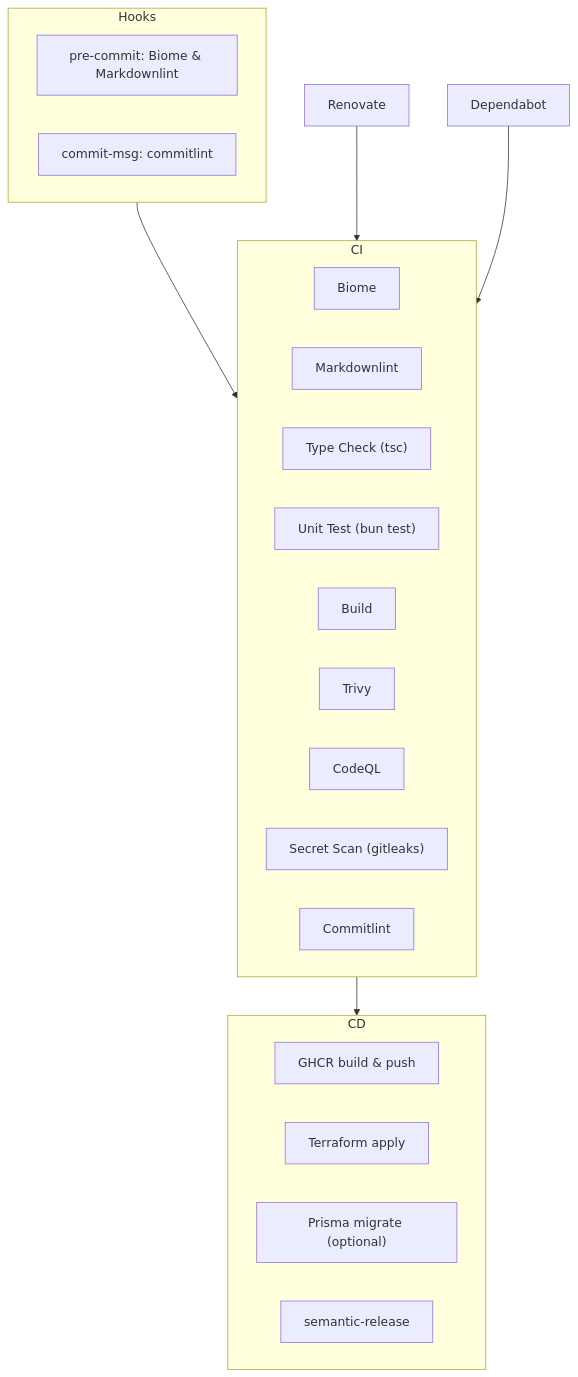
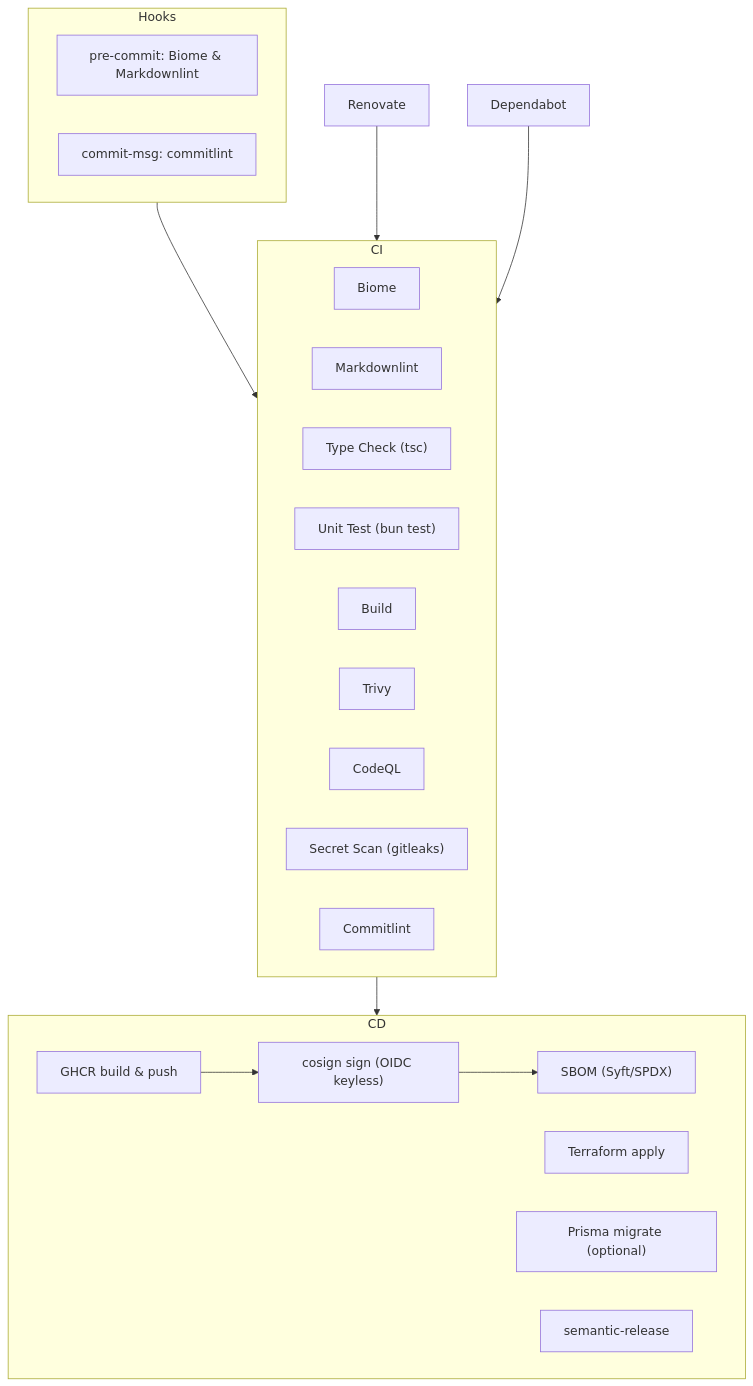
One commit to Lunacea/web-template changed the second of 5 diagrams in DESIGN.md. Above: the diagram before and after it, drawn with Mermaid. The commit also changed other lines of this file and 2 other files, not shown here.

Commit message:
docs: update README/PREREQUISITE/DESIGN for tf-plan envs and CD security (cosign, SBOM)

````diff
--- a/DESIGN.md
+++ b/DESIGN.md
@@ -33,34 +33,37 @@
 ```mermaid
 flowchart TB
   subgraph Hooks
     PRE["pre-commit: Biome & Markdownlint"]
     MSG["commit-msg: commitlint"]
   end
 
   subgraph CI
     LINT["Biome"]
     MDL["Markdownlint"]
     TSC["Type Check (tsc)"]
     TEST["Unit Test (bun test)"]
     BUILD["Build"]
     TRIVY["Trivy"]
     CODEQL["CodeQL"]
     SECSCAN["Secret Scan (gitleaks)"]
     CMTL["Commitlint"]
   end
 
   subgraph CD
     GHCR["GHCR build & push"]
+    SIGN["cosign sign (OIDC keyless)"]
+    SBOM["SBOM (Syft/SPDX)"]
     TFA["Terraform apply"]
     PRISMA["Prisma migrate (optional)"]
     REL["semantic-release"]
   end
 
   Renovate["Renovate"]
   Dependabot["Dependabot"]
 
   Hooks --> CI
   CI --> CD
+  GHCR --> SIGN --> SBOM
   Renovate --> CI
   Dependabot --> CI
 ```
````
